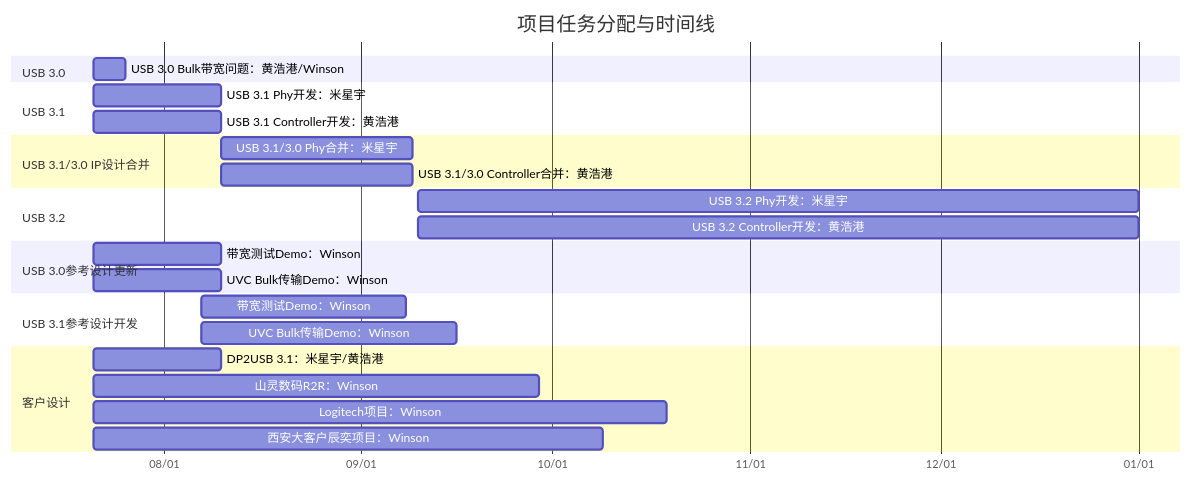
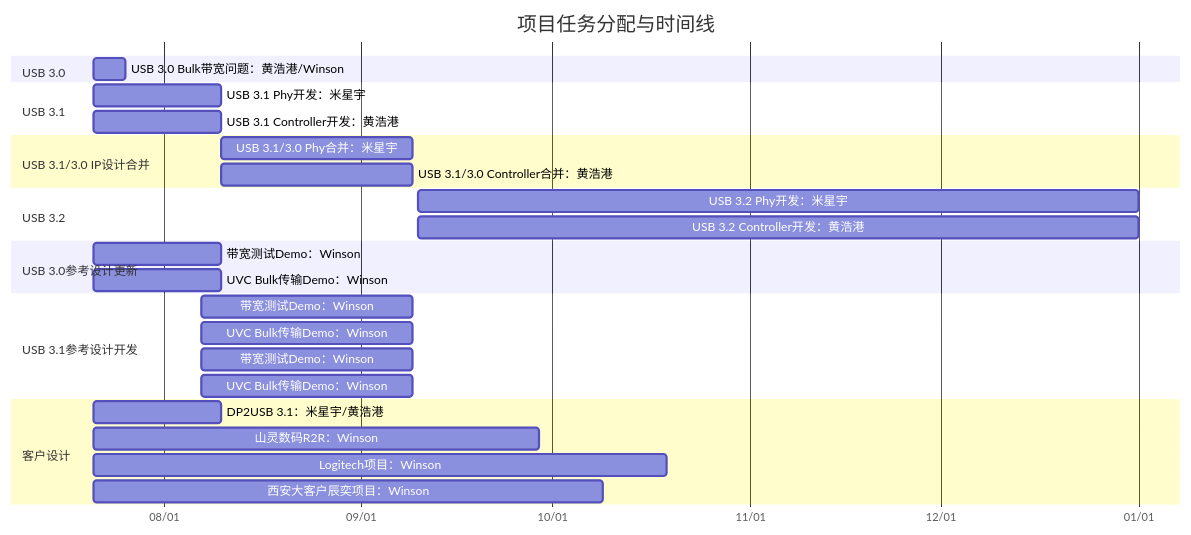
One commit to winsonbook/iodraw-files changed the diagram in all/未命名.md. Above: the diagram before and after it, drawn with Mermaid.

Commit message:
2025-07-21 10:19:47 update

````diff
--- a/all/未命名.md
+++ b/all/未命名.md
@@ -1,35 +1,39 @@
 ```mermaid
 gantt
     title 项目任务分配与时间线
     dateFormat  YYYY-MM-DD
     axisFormat  %m/%d
 
     section USB 3.0
     USB 3.0 Bulk带宽问题：黄浩港/Winson   :    task1, 2025-07-21, 5d
 
     section USB 3.1
     USB 3.1 Phy开发：米星宇      :         task2, 2025-07-21, 20d
     USB 3.1 Controller开发：黄浩港      :  task3, 2025-07-21, 20d
 
     section USB 3.1/3.0 IP设计合并
     USB 3.1/3.0 Phy合并：米星宇       :    task4, 2025-08-10, 30d
     USB 3.1/3.0 Controller合并：黄浩港:    task5, 2025-08-10, 30d
 
     section USB 3.2
     USB 3.2 Phy开发：米星宇      :         task2, 2025-09-10, 113d
     USB 3.2 Controller开发：黄浩港      :  task3, 2025-09-10, 113d
 
     section USB 3.0参考设计更新
     带宽测试Demo：Winson       :         task6, 2025-07-21, 20d
     UVC Bulk传输Demo：Winson   :        task7, 2025-07-21, 20d
 
     section USB 3.1参考设计开发
-    带宽测试Demo：Winson       :         task8, 2025-08-07, 32d
-    UVC Bulk传输Demo：Winson   :         task9, 2025-08-07, 40d
+    带宽测试Demo：Winson       :         task8, 2025-08-07, 33d
+    UVC Bulk传输Demo：Winson   :         task9, 2025-08-07, 33d
+
+        section USB 3.1参考设计开发
+    带宽测试Demo：Winson       :         task8, 2025-08-07, 33d
+    UVC Bulk传输Demo：Winson   :         task9, 2025-08-07, 33d
 
     section 客户设计
     DP2USB 3.1：米星宇/黄浩港      :task10, 2025-07-21, 20d
     山灵数码R2R：Winson :             task11, 2025-07-21, 70d
     Logitech项目：Winson :            task12, 2025-07-21, 90d
     西安大客户辰奕项目：Winson :       task13, 2025-07-21, 80d
 ```
````
